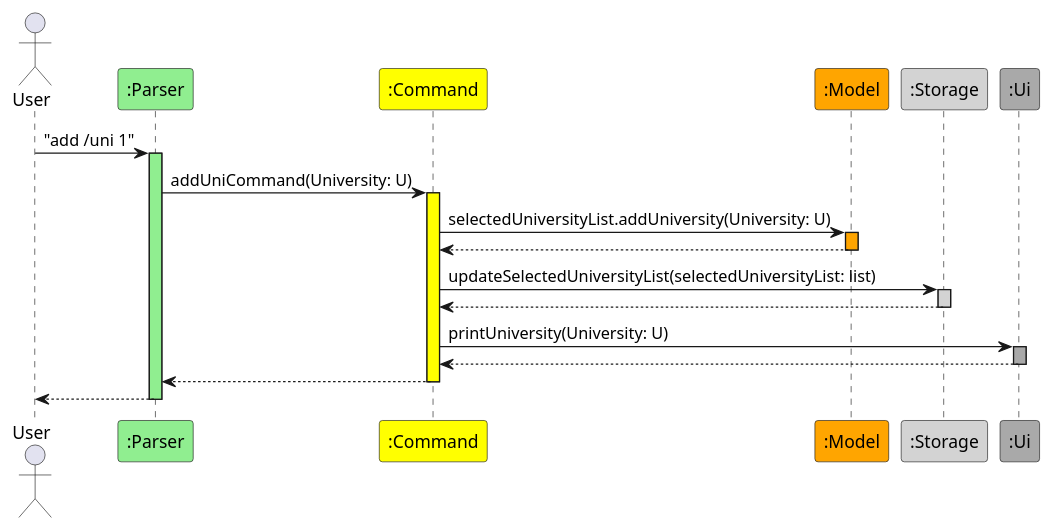
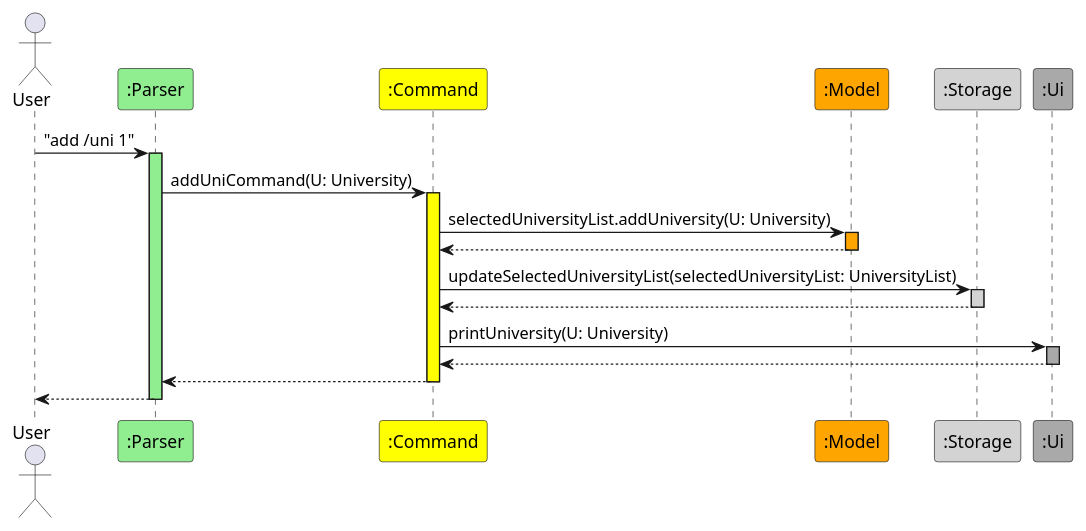
Before and after one commit to nus-cs2113-AY2122S1/tp: the diagram in docs/umls/mainseq.puml, drawn with PlantUML. The commit also changed 5 other files, not shown here.

Commit message:
Update photo, ppp, sequence diagram

```diff
--- a/docs/umls/mainseq.puml
+++ b/docs/umls/mainseq.puml
@@ -1,34 +1,34 @@
 @startuml
 'https://plantuml.com/sequence-diagram
 
 actor User
 
 participant ":Parser" #LightGreen
 User -> ":Parser" ++ #LightGreen: "add /uni 1"
 
 participant ":Command" #Yellow
-":Parser" -> ":Command" ++ #Yellow : addUniCommand(University: U)
+":Parser" -> ":Command" ++ #Yellow : addUniCommand(U: University)
 
 participant ":Model" #Orange
-":Command" -> ":Model" ++ #Orange: selectedUniversityList.addUniversity(University: U)
+":Command" -> ":Model" ++ #Orange: selectedUniversityList.addUniversity(U: University)
 return
 deactivate ":Model"
 
 participant ":Storage" #LightGrey
-":Command" -> ":Storage" ++ #LightGrey: updateSelectedUniversityList(selectedUniversityList: list)
+":Command" -> ":Storage" ++ #LightGrey: updateSelectedUniversityList(selectedUniversityList: UniversityList)
 return
 deactivate ":Storage"
 
 participant ":Ui" #DarkGrey
-":Command" -> ":Ui" ++ #DarkGrey : printUniversity(University: U)
+":Command" -> ":Ui" ++ #DarkGrey : printUniversity(U: University)
 return
 deactivate ":Ui"
 
 ":Command" --> ":Parser"
 deactivate ":Command"
 
 ":Parser" --> User
 deactivate ":Parser"
 
 
 @enduml
```
